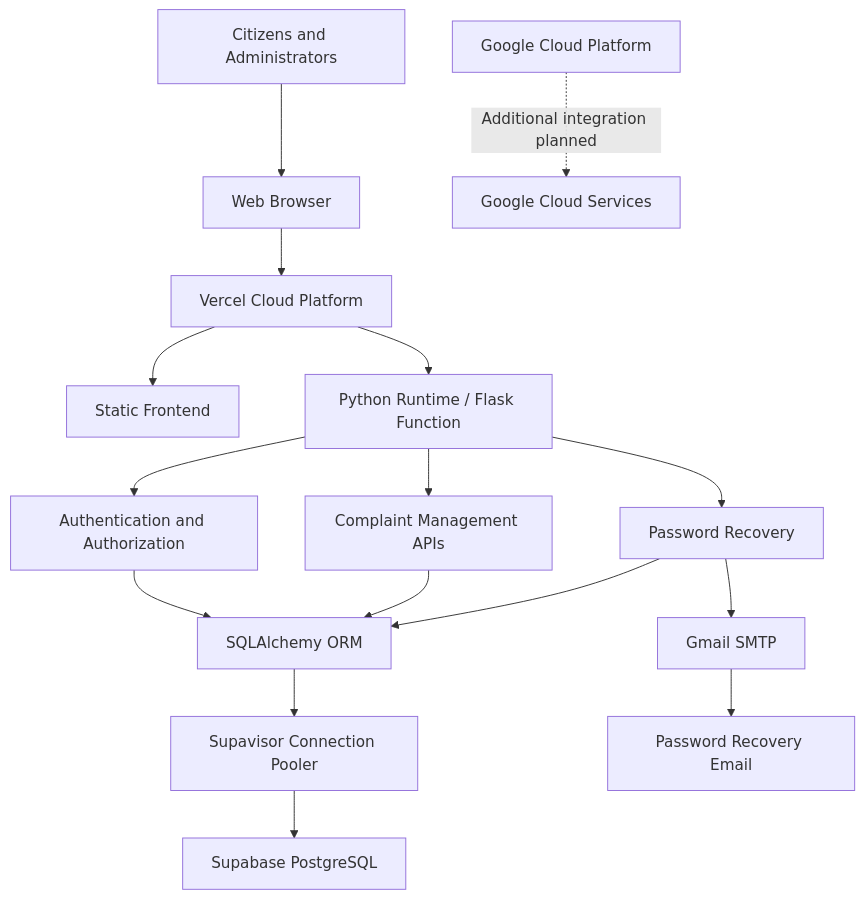
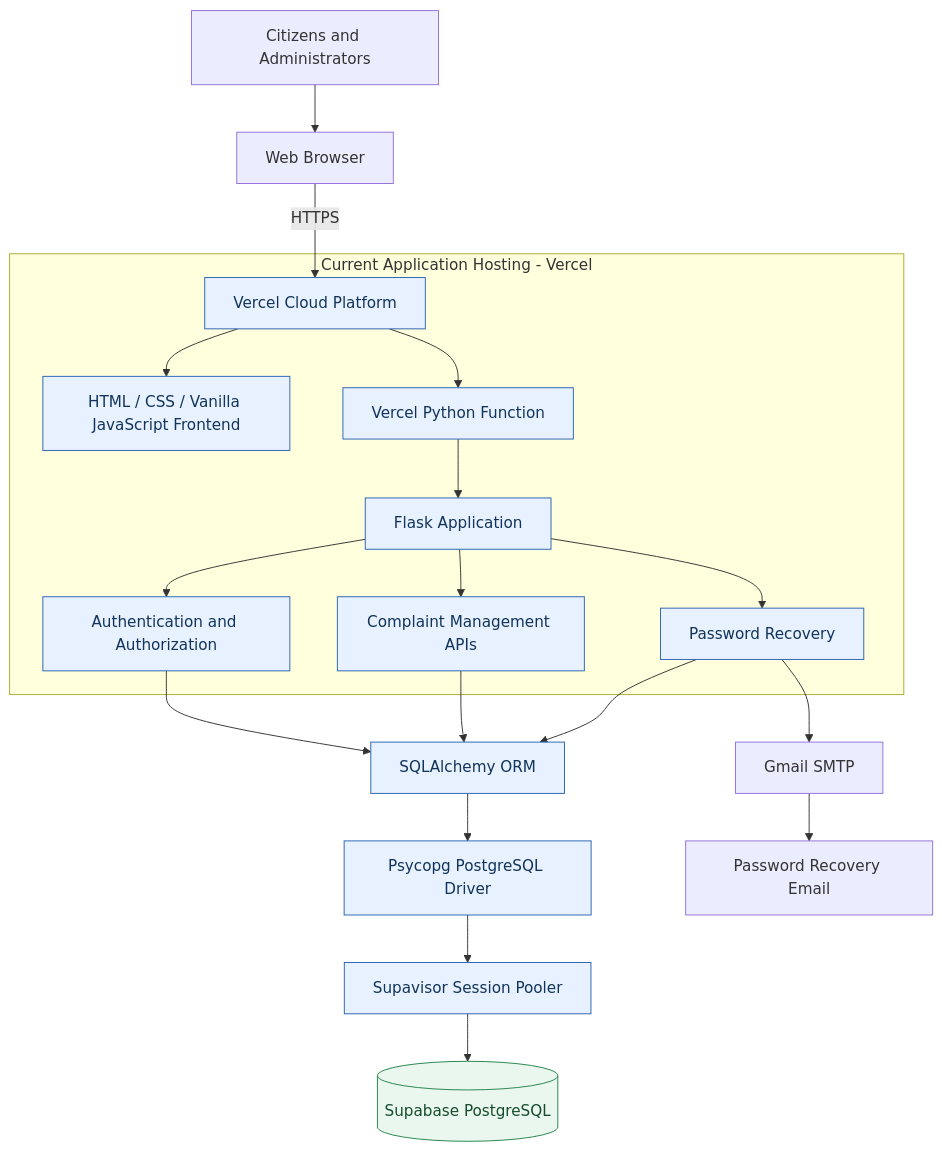
Before and after one commit to KrishnaKausikBarik/CivicLens: the first of 2 diagrams in README.md, drawn with Mermaid. The commit also changed other lines of this file, not shown here.

````diff
--- a/README.md
+++ b/README.md
@@ -130,24 +134,29 @@
 ```mermaid
 flowchart TD
-    A[Citizens and Administrators] --> B[Web Browser]
-    B --> C[Vercel Cloud Platform]
-    C --> D[Static Frontend]
-    C --> E[Python Runtime / Flask Function]
+    U[Citizens and Administrators] --> B[Web Browser]
+    B -->|HTTPS| V[Vercel Cloud Platform]
 
-    E --> F[Authentication and Authorization]
-    E --> G[Complaint Management APIs]
-    E --> H[Password Recovery]
+    subgraph VERCEL[Current Application Hosting - Vercel]
+        V --> FE[HTML / CSS / Vanilla JavaScript Frontend]
+        V --> FN[Vercel Python Function]
+        FN --> FL[Flask Application]
+        FL --> AUTH[Authentication and Authorization]
+        FL --> API[Complaint Management APIs]
+        FL --> PW[Password Recovery]
+    end
 
-    F --> I[SQLAlchemy ORM]
-    G --> I
-    H --> I
+    AUTH --> ORM[SQLAlchemy ORM]
+    API --> ORM
+    PW --> ORM
+    ORM --> PSY[Psycopg PostgreSQL Driver]
+    PSY --> POOL[Supavisor Session Pooler]
+    POOL --> DB[(Supabase PostgreSQL)]
 
-    I --> J[Supavisor Connection Pooler]
-    J --> K[Supabase PostgreSQL]
+    PW --> SMTP[Gmail SMTP]
+    SMTP --> MAIL[Password Recovery Email]
 
-    H --> L[Gmail SMTP]
-    L --> M[Password Recovery Email]
-
-    N[Google Cloud Platform]
-    N -. Additional integration planned .-> O[Google Cloud Services]
+    classDef current fill:#e8f1ff,stroke:#2864b4,color:#12345a;
+    classDef database fill:#e9f7ef,stroke:#24834b,color:#154c2d;
+    class V,FE,FN,FL,AUTH,API,PW,ORM,PSY,POOL current;
+    class DB database;
 ```
````
